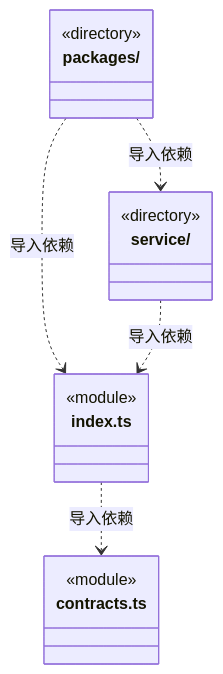
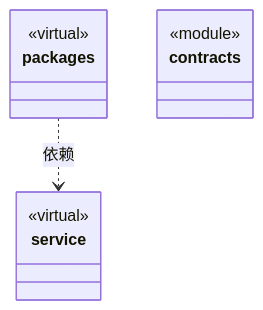
Before and after one commit to nan023062/cbim: the diagram in src/logic/resources/ARCHITECTURE.md, drawn with Mermaid. The commit also changed other lines of this file and 158 other files, not shown here.

Commit message:
docs: model architecture through nested virtual encapsulations

````diff
--- a/src/logic/resources/ARCHITECTURE.md
+++ b/src/logic/resources/ARCHITECTURE.md
@@ -46,19 +21,16 @@
 ```mermaid
 classDiagram
-class N_src_logic_resources_packages["packages/"] {
-  <<directory>>
+class N_b464e2925fe8["packages"] {
+  <<virtual>>
 }
-class N_src_logic_resources_service["service/"] {
-  <<directory>>
+click N_b464e2925fe8 href "packages/ARCHITECTURE.md"
+class N_de06bdd28d8f["service"] {
+  <<virtual>>
 }
-class N_src_logic_resources_contracts_ts["contracts.ts"] {
+click N_de06bdd28d8f href "service/ARCHITECTURE.md"
+class N_a003f4cead92["contracts"] {
   <<module>>
 }
-class N_src_logic_resources_index_ts["index.ts"] {
-  <<module>>
-}
-N_src_logic_resources_index_ts ..> N_src_logic_resources_contracts_ts : 导入依赖
-N_src_logic_resources_packages ..> N_src_logic_resources_index_ts : 导入依赖
-N_src_logic_resources_packages ..> N_src_logic_resources_service : 导入依赖
-N_src_logic_resources_service ..> N_src_logic_resources_index_ts : 导入依赖
+click N_a003f4cead92 href "contracts.ts"
+N_b464e2925fe8 ..> N_de06bdd28d8f : 依赖
 ```
````
